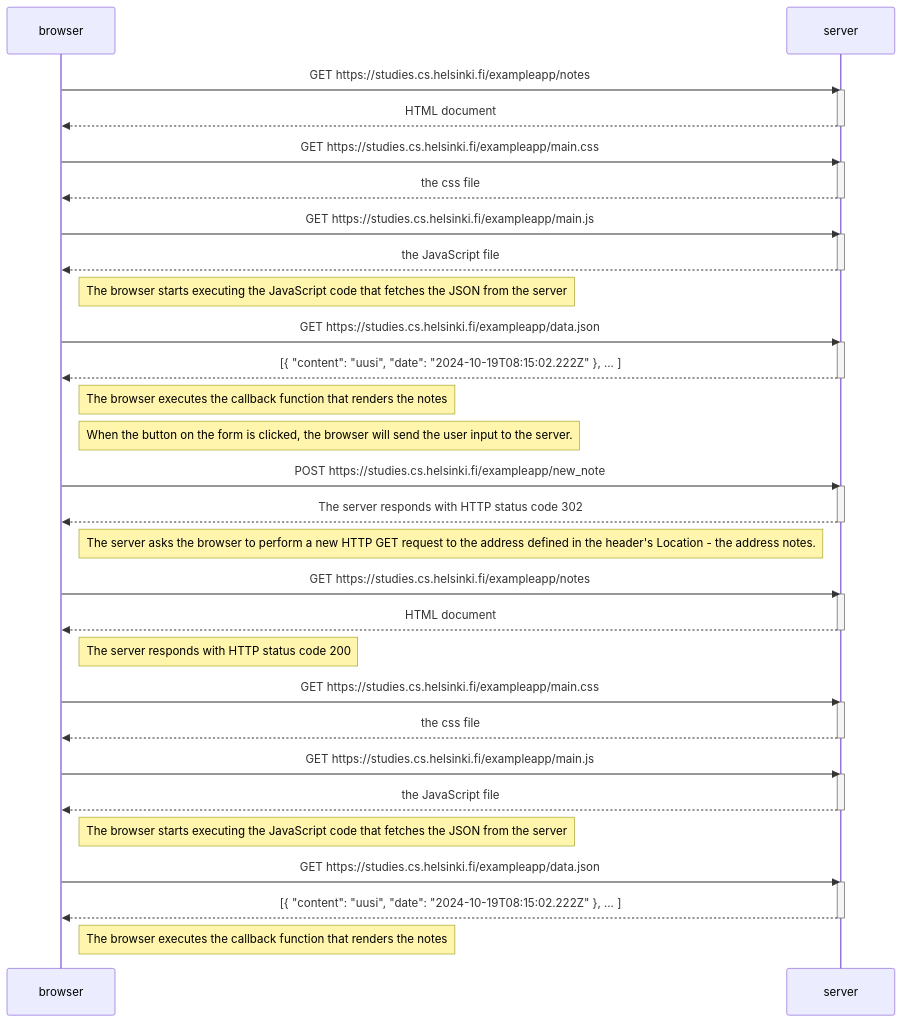
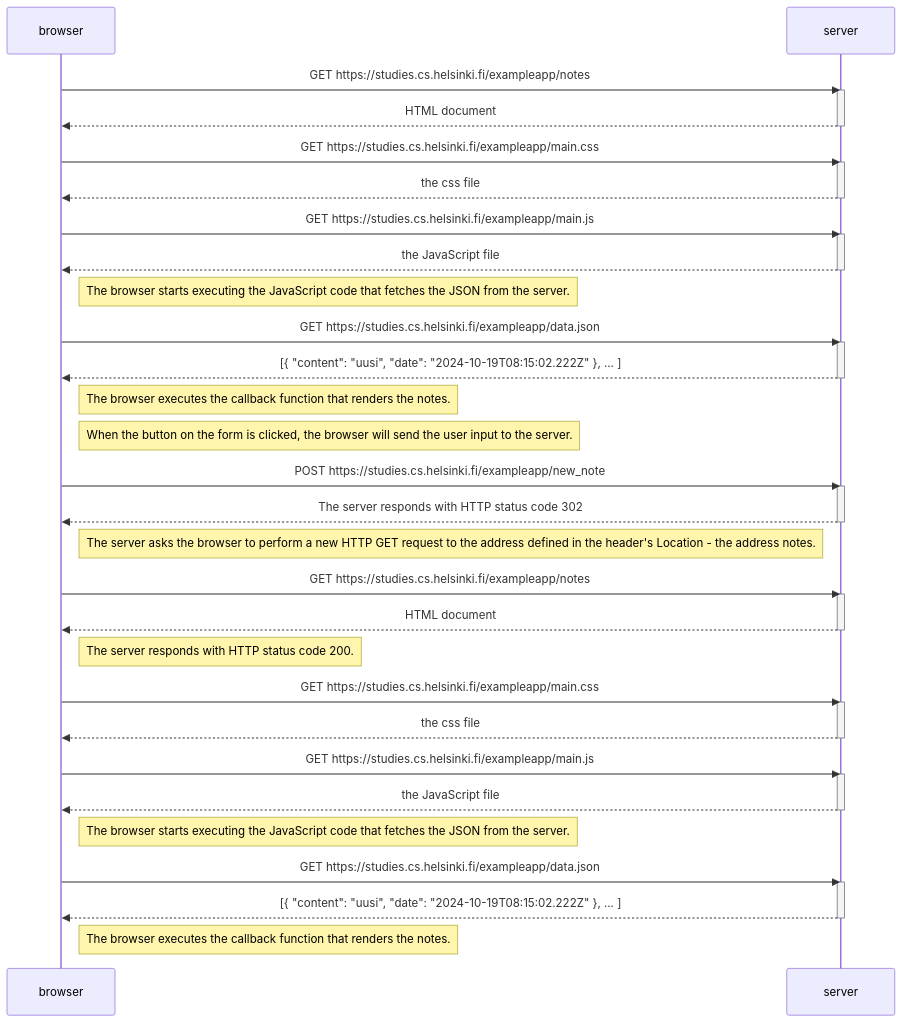
The diagram in part0/new-note-diagram.md (ViktoriiaProtasova/Full-Stack-open), drawn with Mermaid before and after one commit.

````diff
--- a/part0/new-note-diagram.md
+++ b/part0/new-note-diagram.md
@@ -1,64 +1,64 @@
 ```mermaid
 sequenceDiagram
 participant browser
 participant server
 
     browser->>server: GET https://studies.cs.helsinki.fi/exampleapp/notes
     activate server
     server-->>browser: HTML document
     deactivate server
 
     browser->>server: GET https://studies.cs.helsinki.fi/exampleapp/main.css
     activate server
     server-->>browser: the css file
     deactivate server
 
     browser->>server: GET https://studies.cs.helsinki.fi/exampleapp/main.js
     activate server
     server-->>browser: the JavaScript file
     deactivate server
 
-    Note right of browser: The browser starts executing the JavaScript code that fetches the JSON from the server
+    Note right of browser: The browser starts executing the JavaScript code that fetches the JSON from the server.
 
     browser->>server: GET https://studies.cs.helsinki.fi/exampleapp/data.json
     activate server
     server-->>browser: [{ "content": "uusi", "date": "2024-10-19T08:15:02.222Z" }, ... ]
     deactivate server
 
-    Note right of browser: The browser executes the callback function that renders the notes
+    Note right of browser: The browser executes the callback function that renders the notes.
 
     Note right of browser: When the button on the form is clicked, the browser will send the user input to the server.
 
     browser->>server: POST https://studies.cs.helsinki.fi/exampleapp/new_note
     activate server
     server-->>browser: The server responds with HTTP status code 302
     deactivate server
 
     Note right of browser: The server asks the browser to perform a new HTTP GET request to the address defined in the header's Location - the address notes.
 
     browser->>server: GET https://studies.cs.helsinki.fi/exampleapp/notes
     activate server
     server-->>browser: HTML document
     deactivate server
 
-    Note right of browser: The server responds with HTTP status code 200
+    Note right of browser: The server responds with HTTP status code 200.
 
     browser->>server: GET https://studies.cs.helsinki.fi/exampleapp/main.css
     activate server
     server-->>browser: the css file
     deactivate server
 
     browser->>server: GET https://studies.cs.helsinki.fi/exampleapp/main.js
     activate server
     server-->>browser: the JavaScript file
     deactivate server
 
-    Note right of browser: The browser starts executing the JavaScript code that fetches the JSON from the server
+    Note right of browser: The browser starts executing the JavaScript code that fetches the JSON from the server.
 
     browser->>server: GET https://studies.cs.helsinki.fi/exampleapp/data.json
     activate server
     server-->>browser: [{ "content": "uusi", "date": "2024-10-19T08:15:02.222Z" }, ... ]
     deactivate server
 
-    Note right of browser: The browser executes the callback function that renders the notes
+    Note right of browser: The browser executes the callback function that renders the notes.
 ```
````
